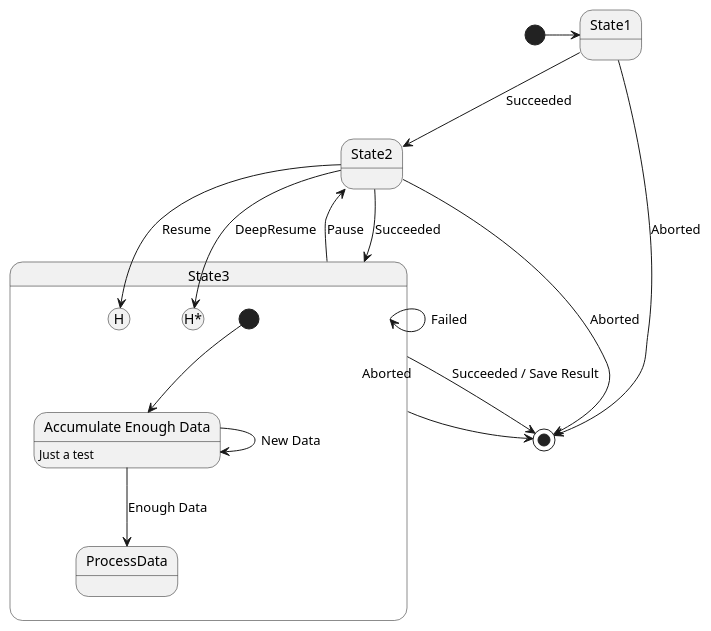
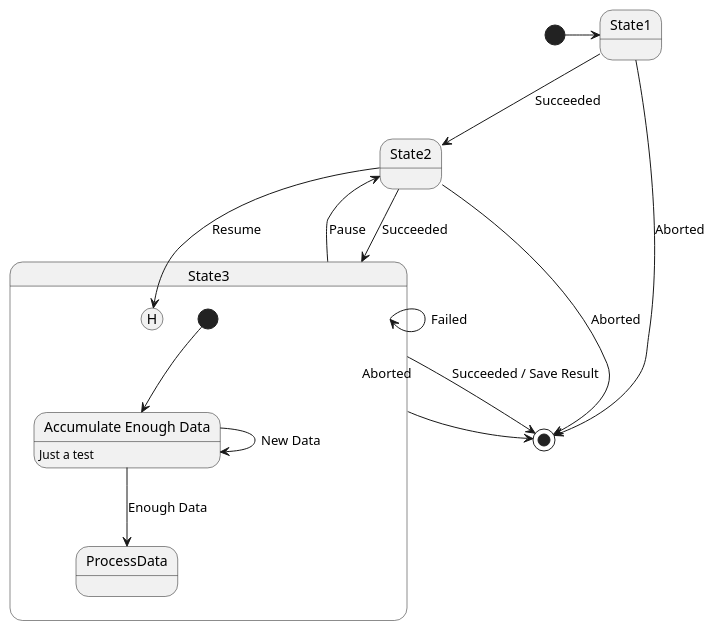
One commit to uav360/gitbook changed the fifth of 13 diagrams in 2-Chapter/6-状态图.md. Above: the diagram before and after it, drawn with PlantUML. The commit also changed other lines of this file and 6 other files, not shown here.

````diff
--- a/2-Chapter/6-状态图.md
+++ b/2-Chapter/6-状态图.md
@@ -198,22 +198,22 @@
 ```plantuml
 @startuml
 [*] -> State1
 State1 --> State2 : Succeeded
 State1 --> [*] : Aborted
 State2 --> State3 : Succeeded
 State2 --> [*] : Aborted
 state State3 {
   state "Accumulate Enough Data" as long1
   long1 : Just a test
   [*] --> long1
   long1 --> long1 : New Data
   long1 --> ProcessData : Enough Data
   State2 --> [H]: Resume
 }
 State3 --> State2 : Pause
-State2 --> State3[H*]: DeepResume
+'State2 --> State3[H*]: DeepResume
 State3 --> State3 : Failed
 State3 --> [*] : Succeeded / Save Result
 State3 --> [*] : Aborted
 @enduml
 ```
````
